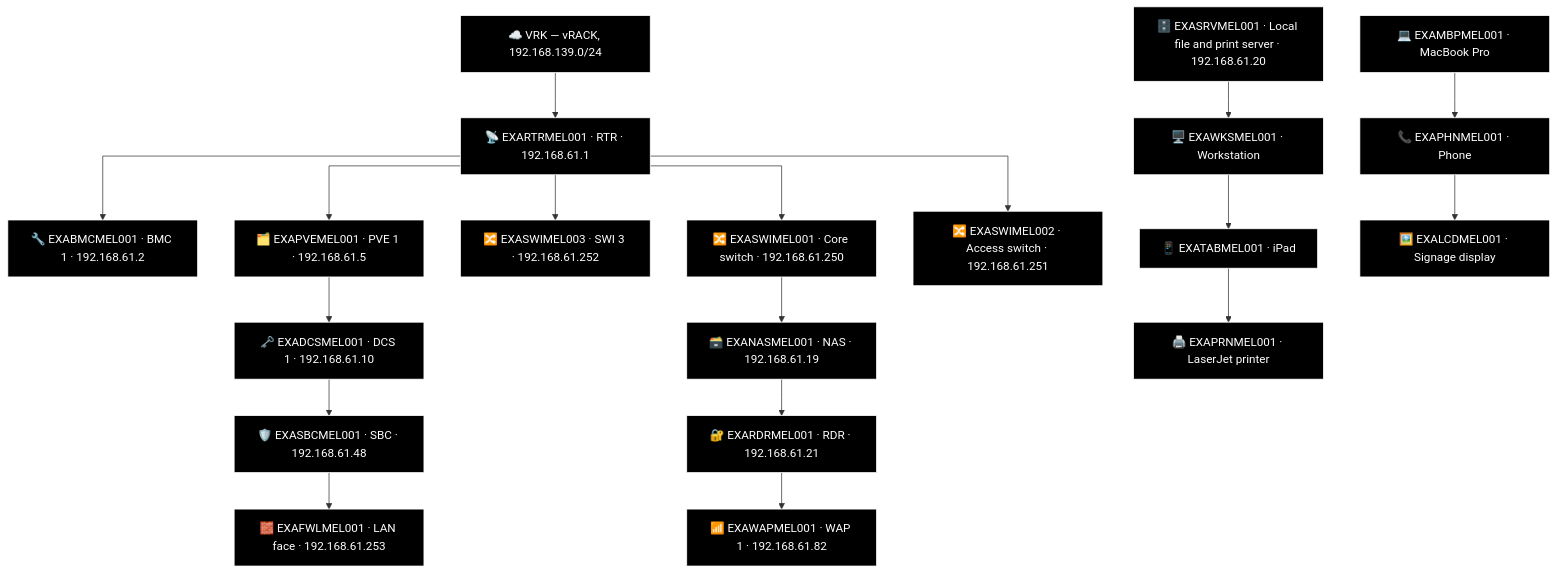
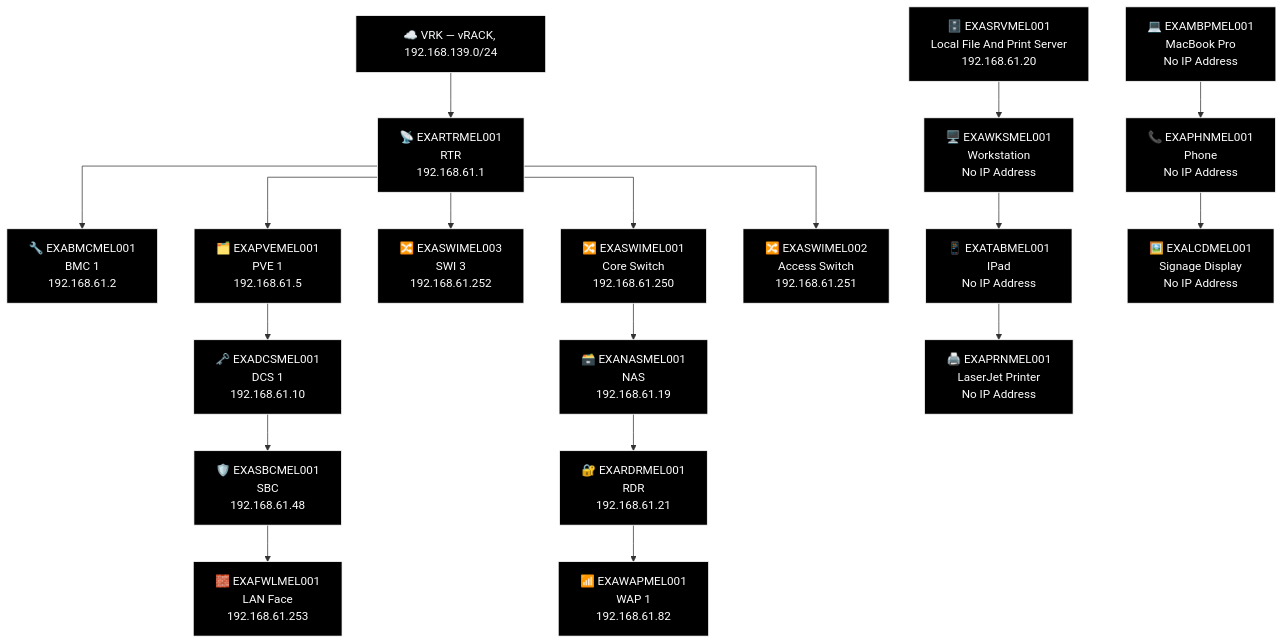
One commit to knightmare2600/example_music_infra changed the fourth of 4 diagrams in docs/network-diagram/australia.md. Above: the diagram before and after it, drawn with Mermaid. The commit also changed other lines of this file and 18 other files, not shown here.

````diff
--- a/docs/network-diagram/australia.md
+++ b/docs/network-diagram/australia.md
@@ -166,56 +166,56 @@
 ```mermaid
 %% GENERATED:TOPOLOGY:MEL:START
 %%{init: {'flowchart': {'curve': 'stepAfter'}}}%%
 graph TD
     T_VRK["☁️ VRK — vRACK, 192.168.139.0/24"]
-    T_RTR["📡 EXARTRMEL001 · RTR · 192.168.61.1"]
+    T_RTR["📡 EXARTRMEL001<br/>RTR<br/>192.168.61.1"]
     T_VRK --> T_RTR
-    T_BMC["🔧 EXABMCMEL001 · BMC 1 · 192.168.61.2"]
+    T_BMC["🔧 EXABMCMEL001<br/>BMC 1<br/>192.168.61.2"]
     T_RTR --> T_BMC
-    T_PVE["🗂️ EXAPVEMEL001 · PVE 1 · 192.168.61.5"]
+    T_PVE["🗂️ EXAPVEMEL001<br/>PVE 1<br/>192.168.61.5"]
     T_RTR --> T_PVE
-    T_SWI["🔀 EXASWIMEL003 · SWI 3 · 192.168.61.252"]
+    T_SWI["🔀 EXASWIMEL003<br/>SWI 3<br/>192.168.61.252"]
     T_RTR --> T_SWI
-    T_SWI2["🔀 EXASWIMEL001 · Core switch · 192.168.61.250"]
+    T_SWI2["🔀 EXASWIMEL001<br/>Core Switch<br/>192.168.61.250"]
     T_RTR --> T_SWI2
-    T_SWI3["🔀 EXASWIMEL002 · Access switch · 192.168.61.251"]
+    T_SWI3["🔀 EXASWIMEL002<br/>Access Switch<br/>192.168.61.251"]
     T_RTR --> T_SWI3
-    T_NAS["🗃️ EXANASMEL001 · NAS · 192.168.61.19"]
-    T_RDR["🔐 EXARDRMEL001 · RDR · 192.168.61.21"]
-    T_WAP["📶 EXAWAPMEL001 · WAP 1 · 192.168.61.82"]
+    T_NAS["🗃️ EXANASMEL001<br/>NAS<br/>192.168.61.19"]
+    T_RDR["🔐 EXARDRMEL001<br/>RDR<br/>192.168.61.21"]
+    T_WAP["📶 EXAWAPMEL001<br/>WAP 1<br/>192.168.61.82"]
     T_SWI2 --> T_NAS --> T_RDR --> T_WAP
-    T_DCS["🗝️ EXADCSMEL001 · DCS 1 · 192.168.61.10"]
-    T_SBC["🛡️ EXASBCMEL001 · SBC · 192.168.61.48"]
-    T_FWL["🧱 EXAFWLMEL001 · LAN face · 192.168.61.253"]
+    T_DCS["🗝️ EXADCSMEL001<br/>DCS 1<br/>192.168.61.10"]
+    T_SBC["🛡️ EXASBCMEL001<br/>SBC<br/>192.168.61.48"]
+    T_FWL["🧱 EXAFWLMEL001<br/>LAN Face<br/>192.168.61.253"]
     T_PVE --> T_DCS --> T_SBC --> T_FWL
-    T_SRV["🗄️ EXASRVMEL001 · Local file and print server · 192.168.61.20"]
-    T_MBP["💻 EXAMBPMEL001 · MacBook Pro"]
-    T_WKS["🖥️ EXAWKSMEL001 · Workstation"]
-    T_PHN["📞 EXAPHNMEL001 · Phone"]
-    T_TAB["📱 EXATABMEL001 · iPad"]
-    T_LCD["🖼️ EXALCDMEL001 · Signage display"]
-    T_PRN["🖨️ EXAPRNMEL001 · LaserJet printer"]
+    T_SRV["🗄️ EXASRVMEL001<br/>Local File And Print Server<br/>192.168.61.20"]
+    T_MBP["💻 EXAMBPMEL001<br/>MacBook Pro<br/>No IP Address"]
+    T_WKS["🖥️ EXAWKSMEL001<br/>Workstation<br/>No IP Address"]
+    T_PHN["📞 EXAPHNMEL001<br/>Phone<br/>No IP Address"]
+    T_TAB["📱 EXATABMEL001<br/>IPad<br/>No IP Address"]
+    T_LCD["🖼️ EXALCDMEL001<br/>Signage Display<br/>No IP Address"]
+    T_PRN["🖨️ EXAPRNMEL001<br/>LaserJet Printer<br/>No IP Address"]
     T_SRV --> T_WKS --> T_TAB --> T_PRN
     T_MBP --> T_PHN --> T_LCD
     style T_VRK fill:#000000,stroke:#FFFFFF,color:#FFFFFF
     style T_RTR fill:#000000,stroke:#FFFFFF,color:#FFFFFF
     style T_BMC fill:#000000,stroke:#FFFFFF,color:#FFFFFF
     style T_PVE fill:#000000,stroke:#FFFFFF,color:#FFFFFF
     style T_SWI fill:#000000,stroke:#FFFFFF,color:#FFFFFF
     style T_SWI2 fill:#000000,stroke:#FFFFFF,color:#FFFFFF
     style T_SWI3 fill:#000000,stroke:#FFFFFF,color:#FFFFFF
     style T_NAS fill:#000000,stroke:#FFFFFF,color:#FFFFFF
     style T_RDR fill:#000000,stroke:#FFFFFF,color:#FFFFFF
     style T_WAP fill:#000000,stroke:#FFFFFF,color:#FFFFFF
     style T_DCS fill:#000000,stroke:#FFFFFF,color:#FFFFFF
     style T_SBC fill:#000000,stroke:#FFFFFF,color:#FFFFFF
     style T_FWL fill:#000000,stroke:#FFFFFF,color:#FFFFFF
     style T_SRV fill:#000000,stroke:#FFFFFF,color:#FFFFFF
     style T_MBP fill:#000000,stroke:#FFFFFF,color:#FFFFFF
     style T_WKS fill:#000000,stroke:#FFFFFF,color:#FFFFFF
     style T_PHN fill:#000000,stroke:#FFFFFF,color:#FFFFFF
     style T_TAB fill:#000000,stroke:#FFFFFF,color:#FFFFFF
     style T_LCD fill:#000000,stroke:#FFFFFF,color:#FFFFFF
     style T_PRN fill:#000000,stroke:#FFFFFF,color:#FFFFFF
 %% GENERATED:TOPOLOGY:MEL:END
 ```
````
